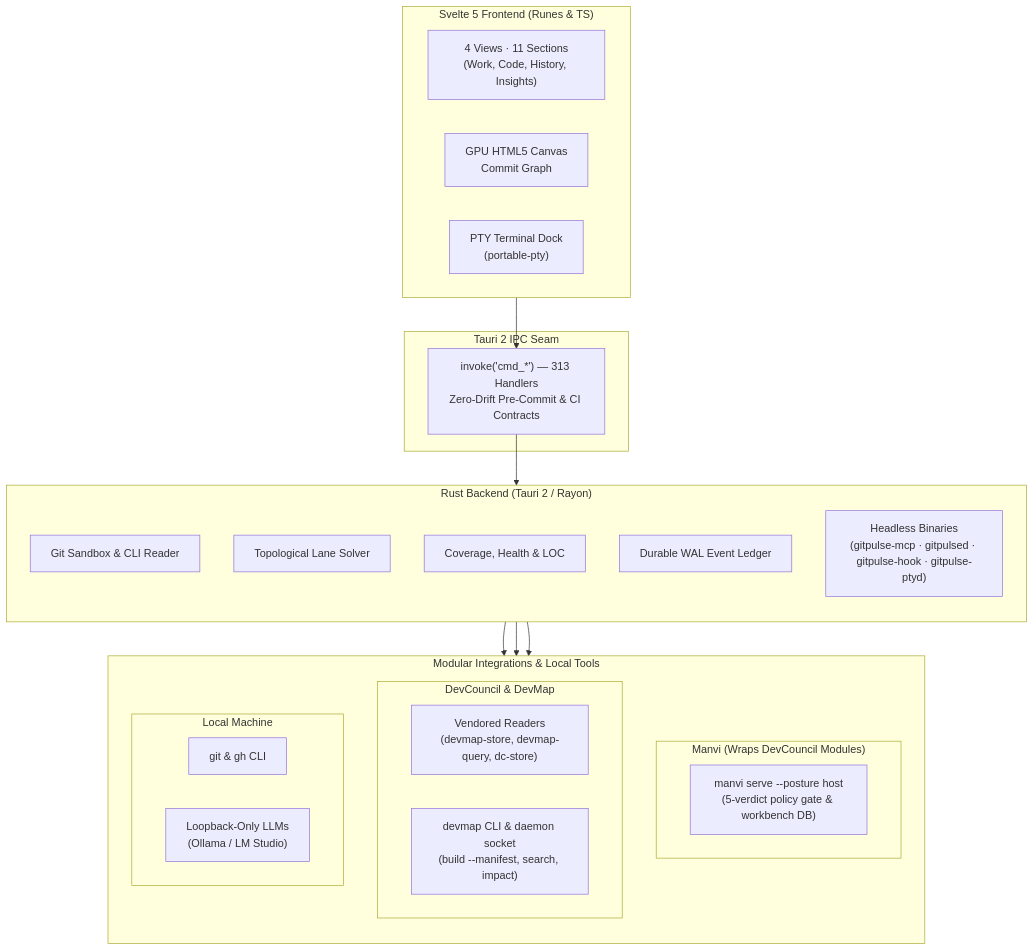
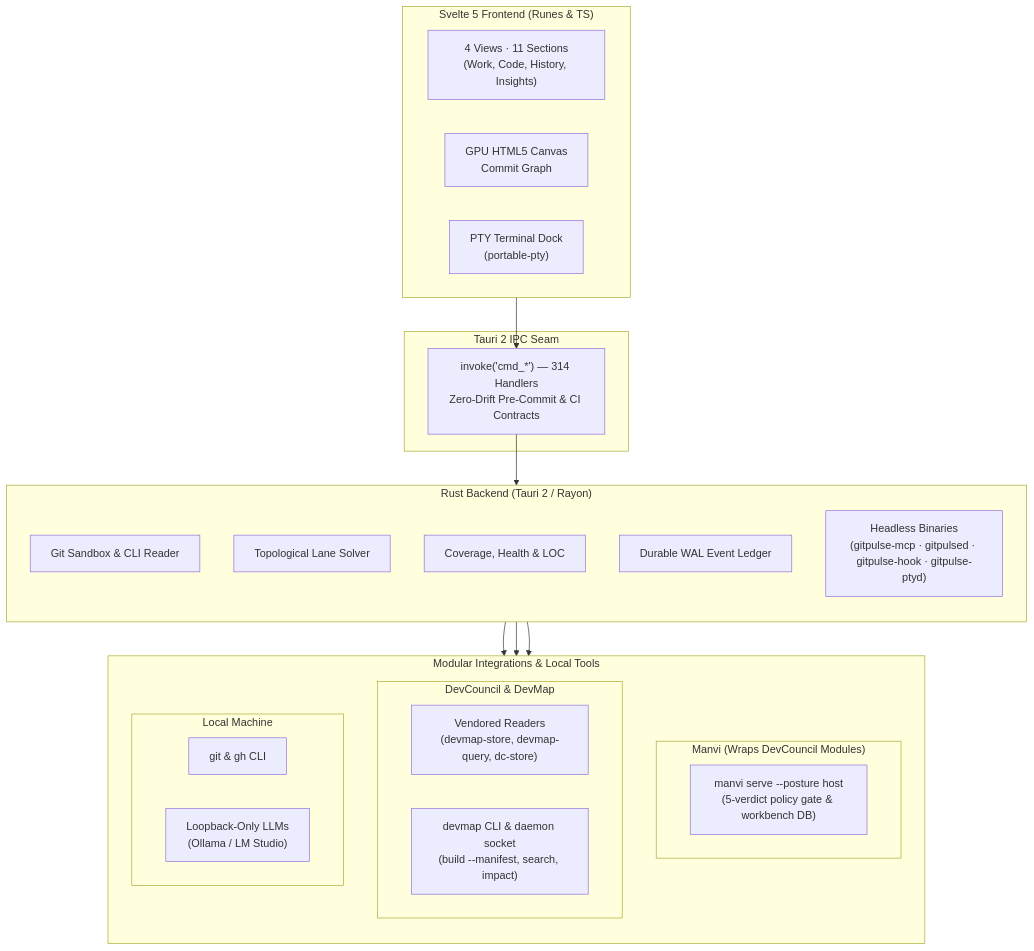
Before and after one commit to bharathvbcr/GitPulse: the diagram in README.md, drawn with Mermaid. The commit also changed 67 other files, not shown here.

````diff
--- a/README.md
+++ b/README.md
@@ -126,43 +126,43 @@
 ```mermaid
 flowchart TB
     subgraph Frontend["Svelte 5 Frontend (Runes & TS)"]
         direction LR
         Views["4 Views · 11 Sections<br/>(Work, Code, History, Insights)"]
         Canvas["GPU HTML5 Canvas<br/>Commit Graph"]
         TerminalDock["PTY Terminal Dock<br/>(portable-pty)"]
     end
 
     subgraph IPC["Tauri 2 IPC Seam"]
-        Bridge["invoke('cmd_*') — 313 Handlers<br/>Zero-Drift Pre-Commit & CI Contracts"]
+        Bridge["invoke('cmd_*') — 314 Handlers<br/>Zero-Drift Pre-Commit & CI Contracts"]
     end
 
     subgraph Backend["Rust Backend (Tauri 2 / Rayon)"]
         direction TB
         GitEngine["Git Sandbox & CLI Reader"]
         LaneSolver["Topological Lane Solver"]
         Analyzers["Coverage, Health & LOC"]
         Ledger["Durable WAL Event Ledger"]
         Headless["Headless Binaries<br/>(gitpulse-mcp · gitpulsed · gitpulse-hook · gitpulse-ptyd)"]
     end
 
     subgraph Integrations["Modular Integrations & Local Tools"]
         direction TB
         subgraph ManviWrap["Manvi (Wraps DevCouncil Modules)"]
             ManviSidecar["manvi serve --posture host<br/>(5-verdict policy gate & workbench DB)"]
         end
         subgraph DevCouncilMods["DevCouncil & DevMap"]
             Vendored["Vendored Readers<br/>(devmap-store, devmap-query, dc-store)"]
             DevMapCLI["devmap CLI & daemon socket<br/>(build --manifest, search, impact)"]
         end
         subgraph LocalTools["Local Machine"]
             CLI["git & gh CLI"]
             LocalLLM["Loopback-Only LLMs<br/>(Ollama / LM Studio)"]
         end
     end
 
     Frontend --> Bridge
     Bridge --> Backend
     Backend --> ManviWrap
     Backend --> DevCouncilMods
     Backend --> LocalTools
 ```
````
